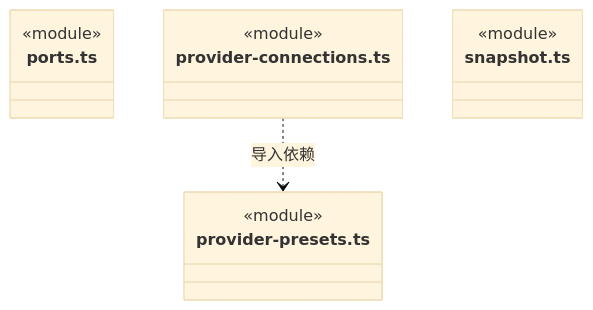
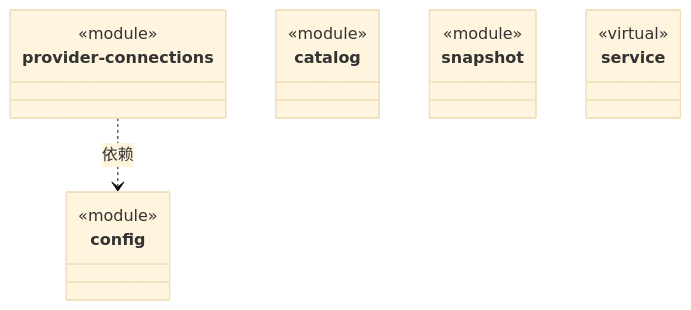
One commit to nan023062/cbim changed the diagram in src/logic/models/ARCHITECTURE.md. Above: the diagram before and after it, drawn with Mermaid (base theme). The commit also changed other lines of this file and 158 other files, not shown here.

Commit message:
docs: model architecture through nested virtual encapsulations

````diff
--- a/src/logic/models/ARCHITECTURE.md
+++ b/src/logic/models/ARCHITECTURE.md
@@ -123,16 +24,24 @@
 ```mermaid
 classDiagram
-class N_src_logic_models_ports_ts["ports.ts"] {
+class N_dfecdc77d3f1["config"] {
   <<module>>
 }
-class N_src_logic_models_provider_connections_ts["provider-connections.ts"] {
+click N_dfecdc77d3f1 href "config.ts"
+class N_03600e393450["provider-connections"] {
   <<module>>
 }
-class N_src_logic_models_provider_presets_ts["provider-presets.ts"] {
+click N_03600e393450 href "provider-connections.ts"
+class N_92e95bdb9072["catalog"] {
   <<module>>
 }
-class N_src_logic_models_snapshot_ts["snapshot.ts"] {
+click N_92e95bdb9072 href "catalog.ts"
+class N_04dcf32df65b["snapshot"] {
   <<module>>
 }
-N_src_logic_models_provider_connections_ts ..> N_src_logic_models_provider_presets_ts : 导入依赖
+click N_04dcf32df65b href "snapshot.ts"
+class N_3da65b7589f4["service"] {
+  <<virtual>>
+}
+click N_3da65b7589f4 href "service/ARCHITECTURE.md"
+N_03600e393450 ..> N_dfecdc77d3f1 : 依赖
 ```
````
